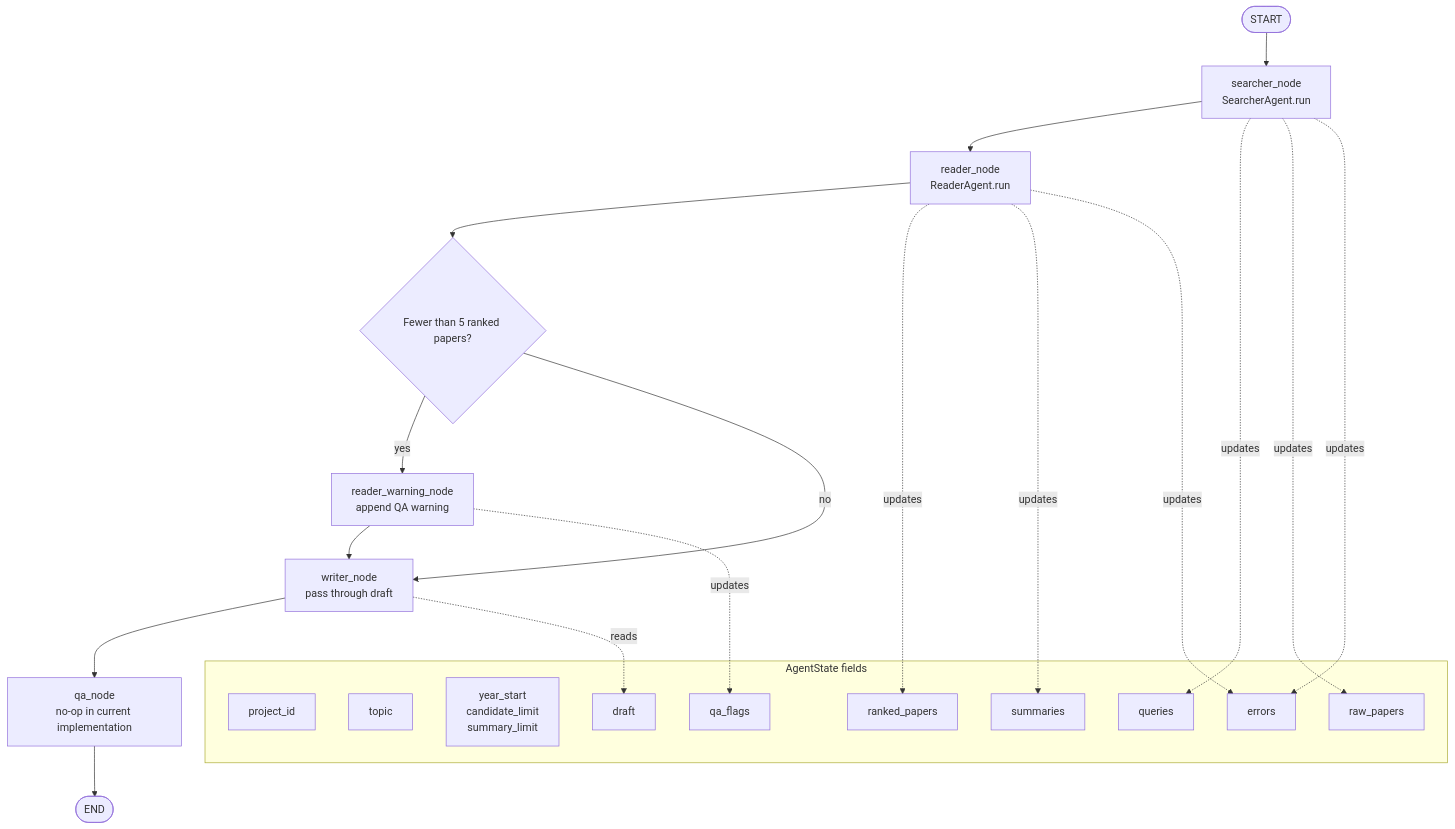
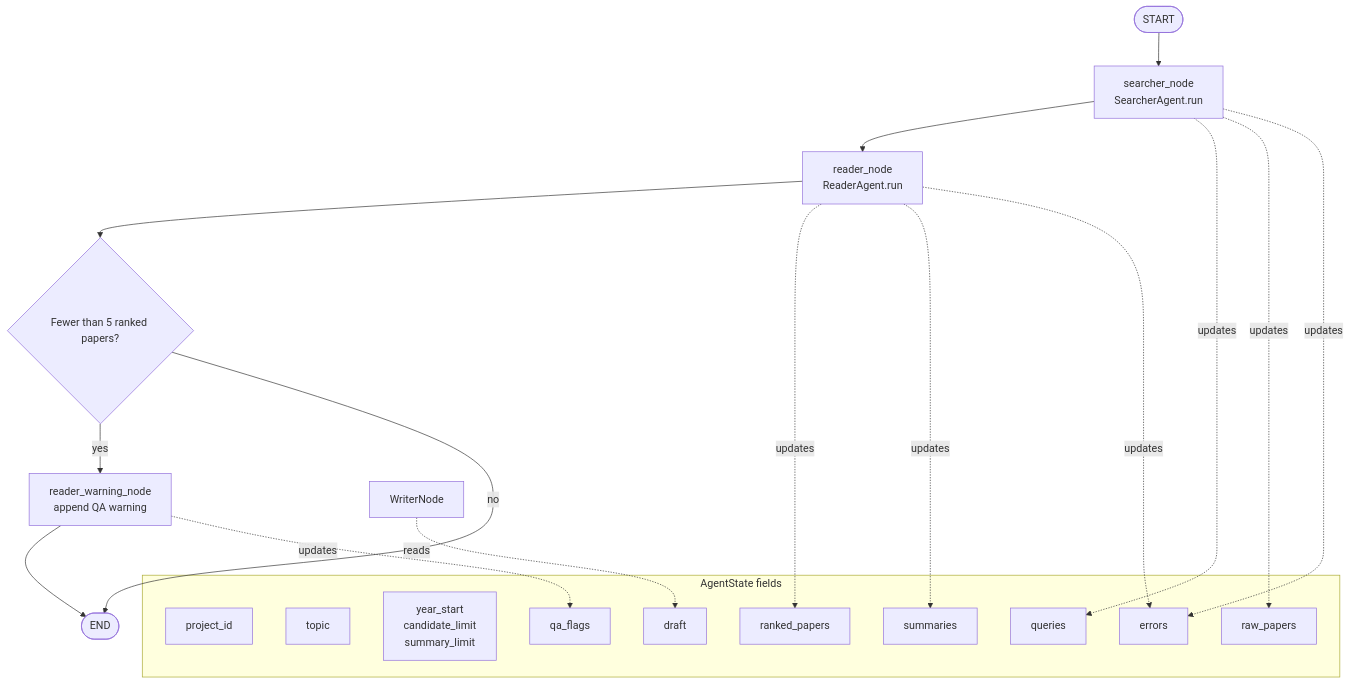
One commit to hungnt0406/confluex-AI-powered-research-workspace changed the fifth of 13 diagrams in docs/backend-diagram.md. Above: the diagram before and after it, drawn with Mermaid. The commit also changed other lines of this file and 2 other files, not shown here.

Commit message:
Update docs for TEST_POSTMAN.md, backend-diagram.md and user-journey.md

````diff
--- a/docs/backend-diagram.md
+++ b/docs/backend-diagram.md
@@ -266,33 +264,31 @@
 ```mermaid
 flowchart TB
     Start([START]) --> SearcherNode["searcher_node<br/>SearcherAgent.run"]
     SearcherNode --> ReaderNode["reader_node<br/>ReaderAgent.run"]
     ReaderNode --> Decision{"Fewer than 5 ranked papers?"}
     Decision -- yes --> WarningNode["reader_warning_node<br/>append QA warning"]
-    Decision -- no --> WriterNode["writer_node<br/>pass through draft"]
-    WarningNode --> WriterNode
-    WriterNode --> QANode["qa_node<br/>no-op in current implementation"]
-    QANode --> End([END])
+    Decision -- no --> End([END])
+    WarningNode --> End
 
     subgraph State["AgentState fields"]
         StateProject["project_id"]
         StateTopic["topic"]
         StateLimits["year_start<br/>candidate_limit<br/>summary_limit"]
         StateQueries["queries"]
         StateRaw["raw_papers"]
         StateRanked["ranked_papers"]
         StateSummaries["summaries"]
         StateDraft["draft"]
         StateFlags["qa_flags"]
         StateErrors["errors"]
     end
 
     SearcherNode -. updates .-> StateQueries
     SearcherNode -. updates .-> StateRaw
     SearcherNode -. updates .-> StateErrors
     ReaderNode -. updates .-> StateRanked
     ReaderNode -. updates .-> StateSummaries
     ReaderNode -. updates .-> StateErrors
     WarningNode -. updates .-> StateFlags
     WriterNode -. reads .-> StateDraft
 ```
````
